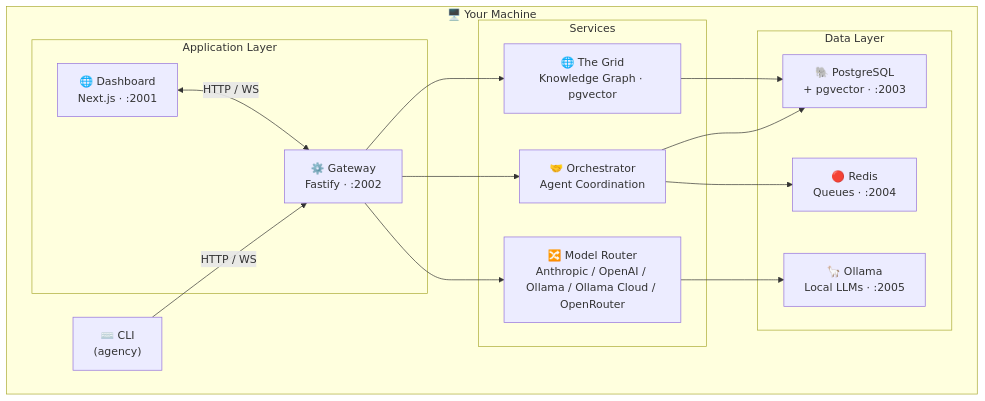
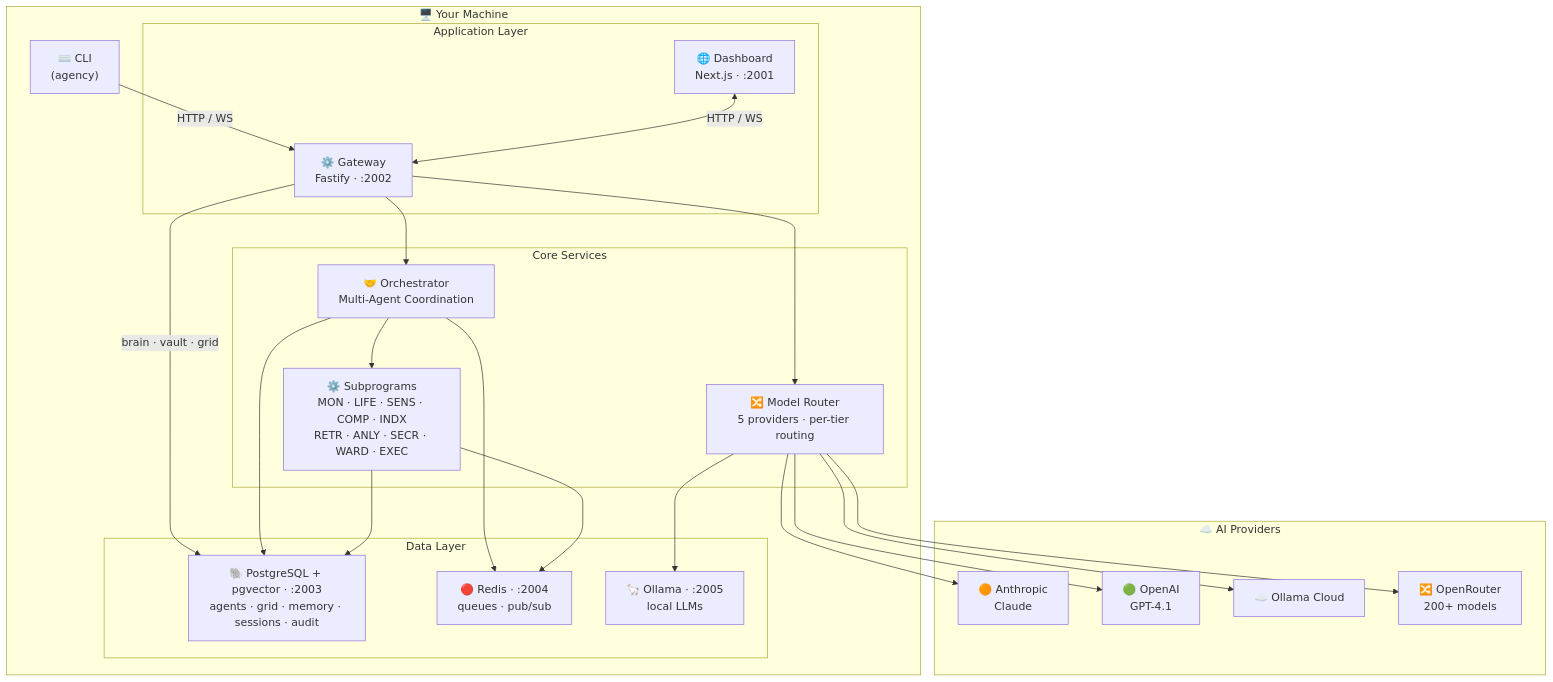
One commit to SinthetikIndustries/Agency changed the diagram in README.md. Above: the diagram before and after it, drawn with Mermaid. The commit also changed other lines of this file and 1 other file, not shown here.

Commit message:
docs: update architecture diagram and remove stale visual overview
- Replace old Mermaid graph with current architecture: shows Core
  Services (Orchestrator, Model Router, 10 Subprograms), all 4 external
  AI provider groups, and correct data-flow edges
- Remove "Visual Overview" section and delete assets/architecture.png
- Remove vault path from config table (vault-sync removed last commit)
- Remove vault sync/validate from CLI reference; restore accurate vault
  command list (status, graph-status, init, search, related)

````diff
--- a/README.md
+++ b/README.md
@@ -68,33 +68,46 @@
 ```mermaid
 graph TB
     subgraph You["🖥️ Your Machine"]
         CLI["⌨️ CLI<br/>(agency)"]
 
         subgraph App["Application Layer"]
             Dashboard["🌐 Dashboard<br/>Next.js · :2001"]
             Gateway["⚙️ Gateway<br/>Fastify · :2002"]
         end
 
-        subgraph Services["Services"]
-            Orchestrator["🤝 Orchestrator<br/>Agent Coordination"]
-            ModelRouter["🔀 Model Router<br/>Anthropic / OpenAI / Ollama / Ollama Cloud / OpenRouter"]
-            TheGrid["🌐 The Grid<br/>Knowledge Graph · pgvector"]
+        subgraph Core["Core Services"]
+            Orchestrator["🤝 Orchestrator<br/>Multi-Agent Coordination"]
+            ModelRouter["🔀 Model Router<br/>5 providers · per-tier routing"]
+            Workers["⚙️ Subprograms<br/>MON · LIFE · SENS · COMP · INDX<br/>RETR · ANLY · SECR · WARD · EXEC"]
         end
 
         subgraph Data["Data Layer"]
-            Postgres["🐘 PostgreSQL<br/>+ pgvector · :2003"]
-            Redis["🔴 Redis<br/>Queues · :2004"]
-            Ollama["🦙 Ollama<br/>Local LLMs · :2005"]
+            Postgres["🐘 PostgreSQL + pgvector · :2003<br/>agents · grid · memory · sessions · audit"]
+            Redis["🔴 Redis · :2004<br/>queues · pub/sub"]
+            Ollama["🦙 Ollama · :2005<br/>local LLMs"]
         end
+    end
+
+    subgraph Cloud["☁️ AI Providers"]
+        Anthropic["🟠 Anthropic<br/>Claude"]
+        OpenAI["🟢 OpenAI<br/>GPT-4.1"]
+        OllamaCloud["☁️ Ollama Cloud"]
+        OpenRouter["🔀 OpenRouter<br/>200+ models"]
     end
 
     CLI -->|"HTTP / WS"| Gateway
     Dashboard <-->|"HTTP / WS"| Gateway
     Gateway --> Orchestrator
     Gateway --> ModelRouter
-    Gateway --> TheGrid
+    Gateway -->|"brain · vault · grid"| Postgres
+    Orchestrator --> Workers
     Orchestrator --> Postgres
     Orchestrator --> Redis
+    Workers --> Redis
+    Workers --> Postgres
     ModelRouter --> Ollama
-    TheGrid --> Postgres
+    ModelRouter --> Anthropic
+    ModelRouter --> OpenAI
+    ModelRouter --> OllamaCloud
+    ModelRouter --> OpenRouter
 ```
````
